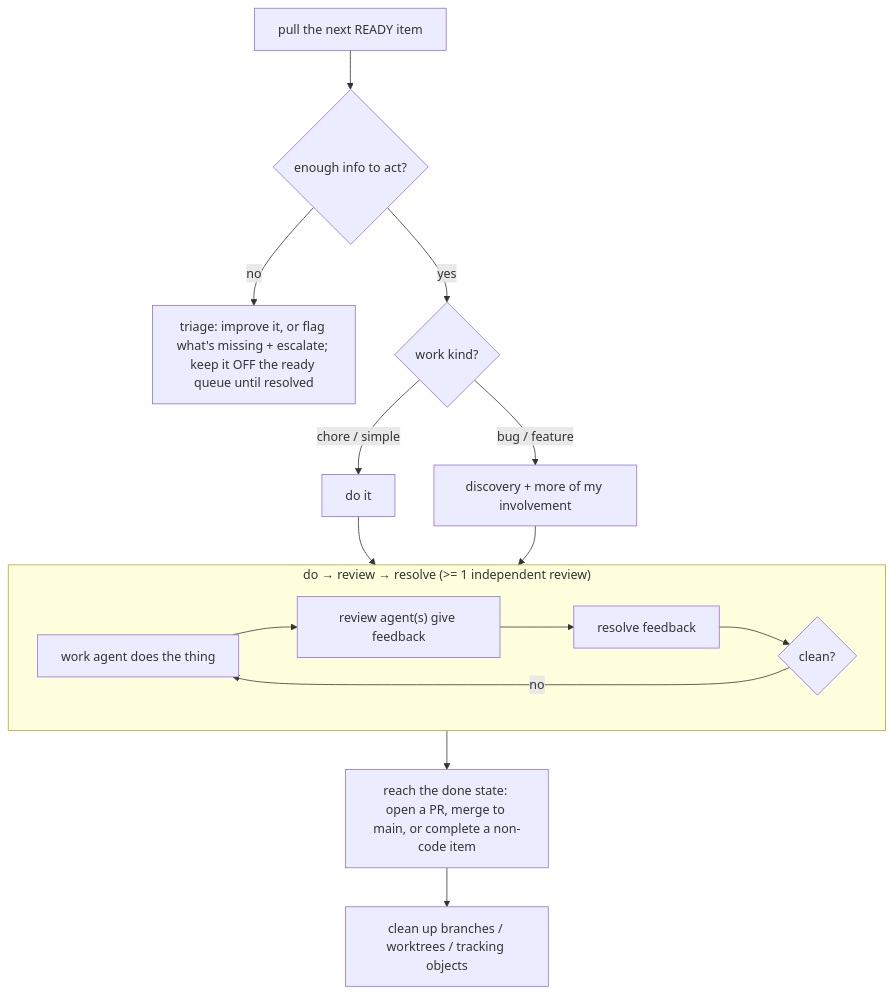
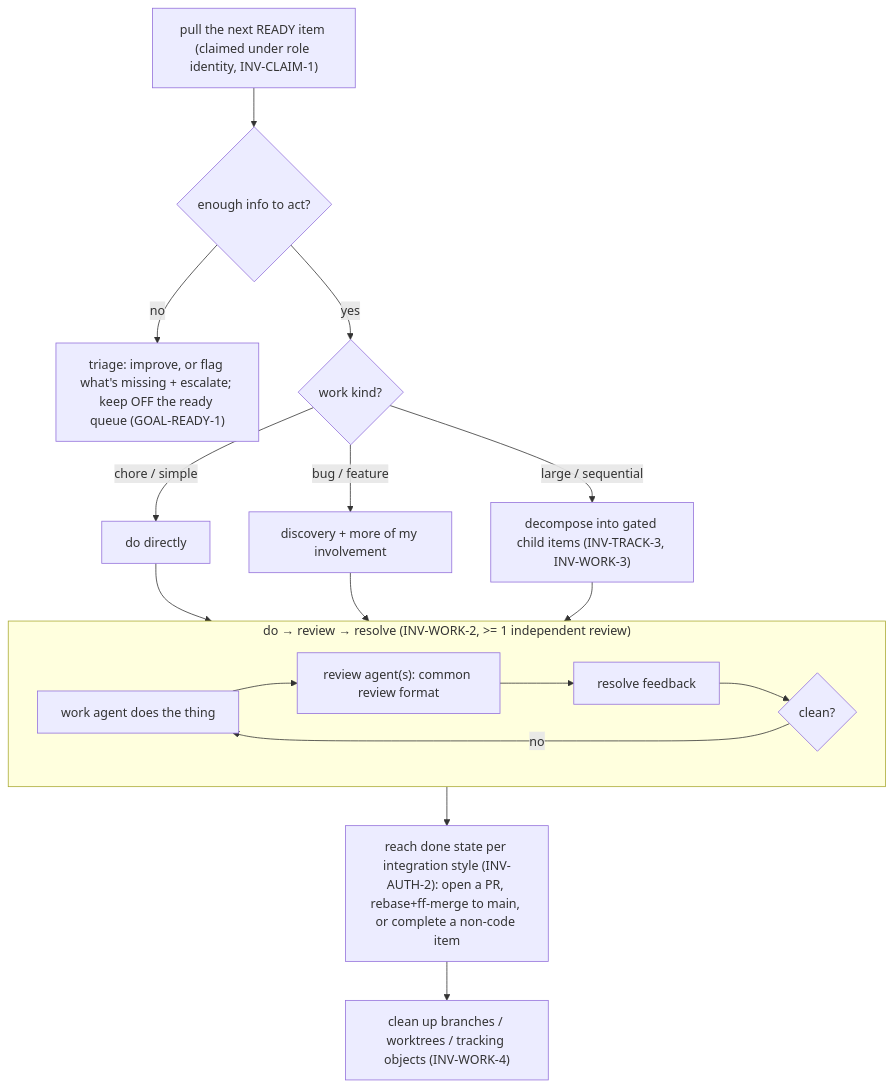
One commit to phillipgreenii/nix-agent-support changed the diagram in docs/behavior/working-the-backlog.md. Above: the diagram before and after it, drawn with Mermaid. The commit also changed other lines of this file and 8 other files, not shown here.

First line of the commit message:
docs(behavior): apply review-round-1 + new decisions (IDs, glossary, security/claim/failure invariants, situational merge, NEEDS ME)

````diff
--- a/docs/behavior/working-the-backlog.md
+++ b/docs/behavior/working-the-backlog.md
@@ -47,16 +44,18 @@
 ```mermaid
 flowchart TD
-    pull["pull the next READY item"] --> ready{"enough info to act?"}
-    ready -->|no| triage["triage: improve it, or flag what's missing + escalate; keep it OFF the ready queue until resolved"]
-    ready -->|yes| classify{"work kind?"}
-    classify -->|chore / simple| direct["do it"]
-    classify -->|bug / feature| discovery["discovery + more of my involvement"]
+    pull["pull the next READY item (claimed under role identity, INV-CLAIM-1)"] --> ready{"enough info to act?"}
+    ready -->|no| triage["triage: improve, or flag what's missing + escalate; keep OFF the ready queue (GOAL-READY-1)"]
+    ready -->|yes| kind{"work kind?"}
+    kind -->|chore / simple| direct["do directly"]
+    kind -->|bug / feature| discovery["discovery + more of my involvement"]
+    kind -->|large / sequential| decompose["decompose into gated child items (INV-TRACK-3, INV-WORK-3)"]
     direct --> loop
     discovery --> loop
-    subgraph loop["do → review → resolve (>= 1 independent review)"]
-      do["work agent does the thing"] --> rev["review agent(s) give feedback"] --> res["resolve feedback"] --> done{"clean?"}
+    decompose --> loop
+    subgraph loop["do → review → resolve (INV-WORK-2, >= 1 independent review)"]
+      do["work agent does the thing"] --> rev["review agent(s): common review format"] --> res["resolve feedback"] --> done{"clean?"}
       done -->|no| do
     end
-    loop --> integrate["reach the done state: open a PR, merge to main, or complete a non-code item"]
-    integrate --> cleanup["clean up branches / worktrees / tracking objects"]
+    loop --> integrate["reach done state per integration style (INV-AUTH-2): open a PR, rebase+ff-merge to main, or complete a non-code item"]
+    integrate --> cleanup["clean up branches / worktrees / tracking objects (INV-WORK-4)"]
 ```
````
